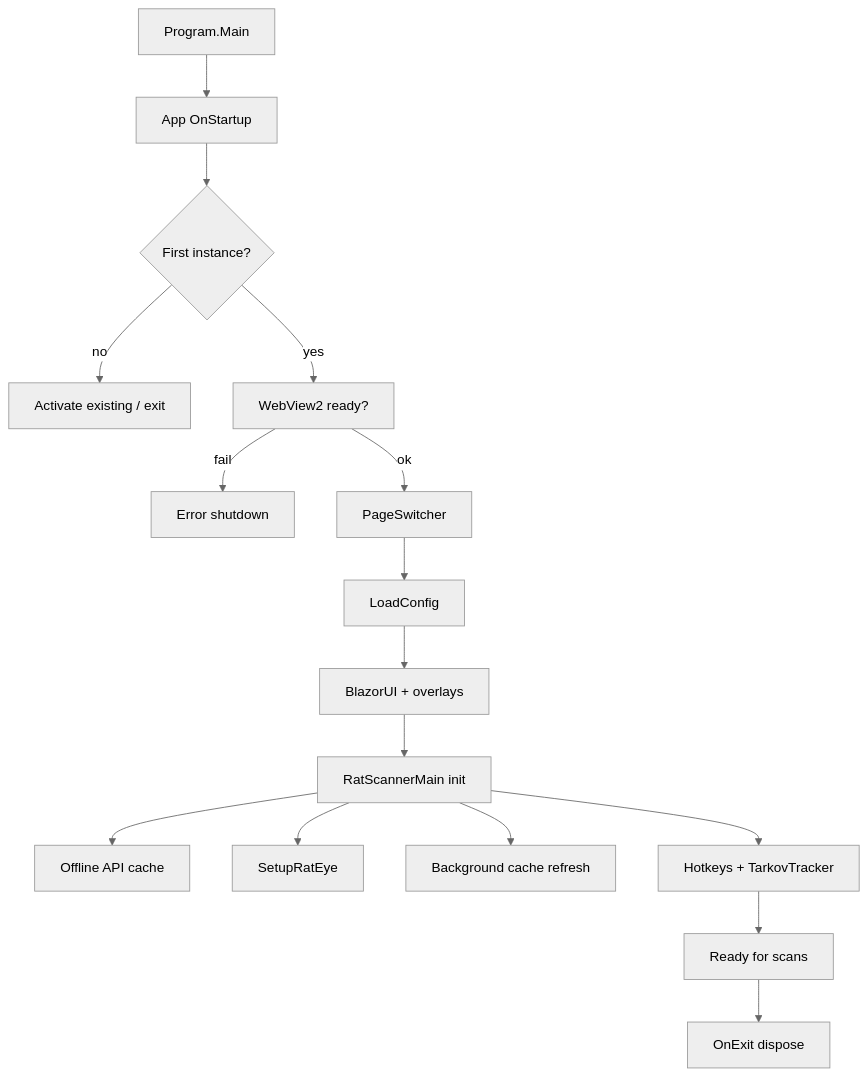
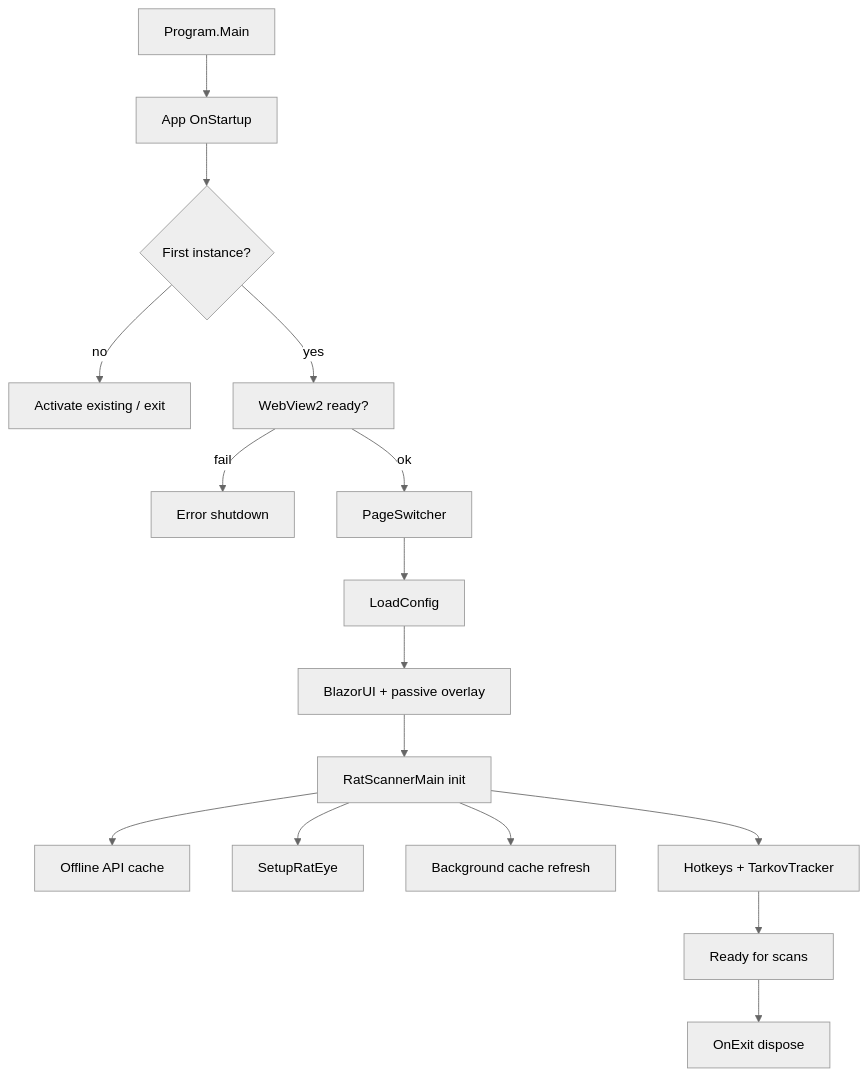
One commit to Nivmizz7/RatScanner changed the diagram in docs/agent-context/architecture.md. Above: the diagram before and after it, drawn with Mermaid (neutral theme). The commit also changed other lines of this file and 39 other files, not shown here.

````diff
--- a/docs/agent-context/architecture.md
+++ b/docs/agent-context/architecture.md
@@ -69,18 +68,18 @@
 ```mermaid
 flowchart TD
   A[Program.Main] --> B[App OnStartup]
   B --> C{First instance?}
   C -->|no| Z[Activate existing / exit]
   C -->|yes| D[WebView2 ready?]
   D -->|fail| E[Error shutdown]
   D -->|ok| F[PageSwitcher]
   F --> G[LoadConfig]
-  G --> H[BlazorUI + overlays]
+  G --> H[BlazorUI + passive overlay]
   H --> I[RatScannerMain init]
   I --> J[Offline API cache]
   I --> K[SetupRatEye]
   I --> L[Background cache refresh]
   I --> M[Hotkeys + TarkovTracker]
   M --> N[Ready for scans]
   N --> O[OnExit dispose]
 ```
````
